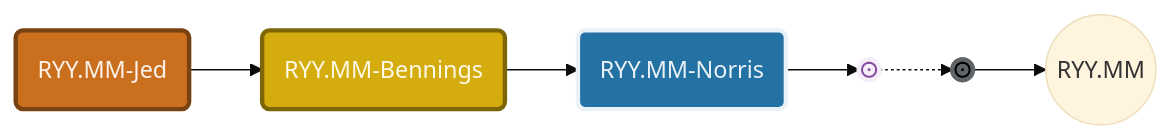
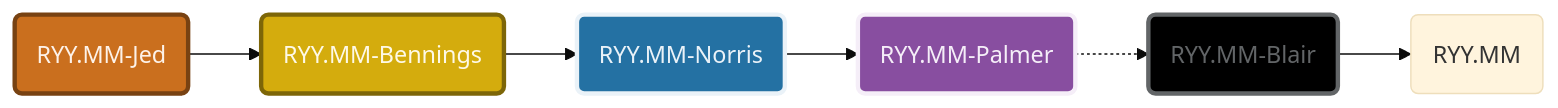
One commit to spectrum-health-systems/tingen-documentation changed the first of 3 diagrams in dev/development-timeline.md. Above: the diagram before and after it, drawn with Mermaid (base theme).

````diff
--- a/dev/development-timeline.md
+++ b/dev/development-timeline.md
@@ -18,19 +18,19 @@
 ```mermaid
 flowchart LR
     %% Components
     Jed@{shape: rounded, label: "RYY.MM-Jed"}
     Bennings@{shape: rounded, label: "RYY.MM-Bennings"}
     Norris@{shape: rounded, label: "RYY.MM-Norris"}
-    Palmer@{shape: fr-circ, label: "RYY.MM-Palmer"}
-    Blair@{shape: fr-circ, label: "RYY.MM-Blair"}
-    Release@{shape: circle, label: "RYY.MM"}
+    Palmer@{shape: rounded, label: "RYY.MM-Palmer"}
+    Blair@{shape: rounded, label: "RYY.MM-Blair"}
+    Release@{shape: rounded, label: "RYY.MM"}
     %% Layout
     Jed:::E8_ --> Bennings:::Y8_ --> Norris:::U3_ --> Palmer:::P3_ -.-> Blair:::B8_ --> Release:::G3
     %% Styles
     classDef E8_ stroke:#784212,stroke-width:3px,fill:#ca6f1e,color:#fdf2e9
     classDef Y8_ stroke:#7d6608,stroke-width:3px,fill:#d4ac0d,color:#fef9e7
     classDef U3_ stroke:#eaf2f8,stroke-width:3px,fill:#2471a3,color:#eaf2f8
     classDef P3_ stroke:#f5eef8,stroke-width:3px,fill:#884ea0,color:#f5eef8
     classDef G3_ stroke:#e9f7ef,stroke-width:3px,fill:#1d8348,color:#e9f7ef
     classDef B8_ stroke:#626567,stroke-width:3px,fill:#000000,color:#626567 
 ```
````
